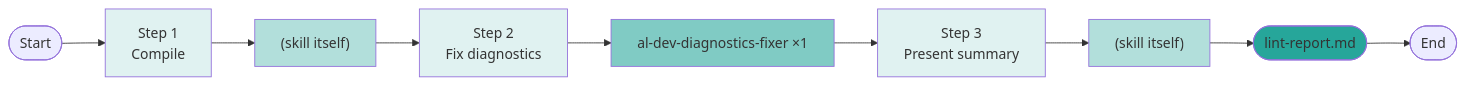
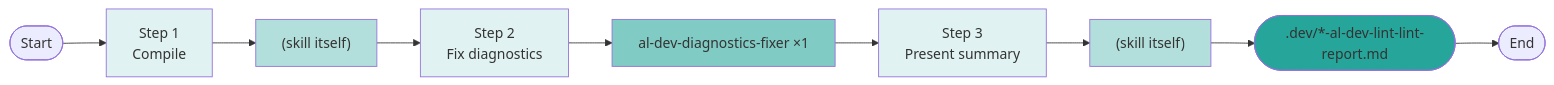
One commit to russell-laing/al-dev-shared changed the tenth of 18 diagrams in docs/al-dev-plugin-map.md. Above: the diagram before and after it, drawn with Mermaid. The commit also changed other lines of this file, not shown here.

First line of the commit message:
docs: fix technical accuracy in al-dev-plugin-map diagrams and suggestions

````diff
--- a/docs/al-dev-plugin-map.md
+++ b/docs/al-dev-plugin-map.md
@@ -334,19 +326,19 @@
 ```mermaid
 flowchart LR
     Start([Start]) --> Phase1["Step 1<br/>Compile"]
     Phase1 --> SkillWork1["(skill itself)"]
     SkillWork1 --> Phase2["Step 2<br/>Fix diagnostics"]
     Phase2 --> Agent1["al-dev-diagnostics-fixer ×1"]
     Agent1 --> Phase3["Step 3<br/>Present summary"]
     Phase3 --> SkillWork2["(skill itself)"]
-    SkillWork2 --> Output1(["lint-report.md"])
+    SkillWork2 --> Output1([".dev/*-al-dev-lint-lint-report.md"])
     Output1 --> End([End])
 
     style Phase1 fill:#e0f2f1
     style Phase2 fill:#e0f2f1
     style Phase3 fill:#e0f2f1
     style SkillWork1 fill:#b2dfdb
     style SkillWork2 fill:#b2dfdb
     style Agent1 fill:#80cbc4
     style Output1 fill:#26a69a
 ```
````
